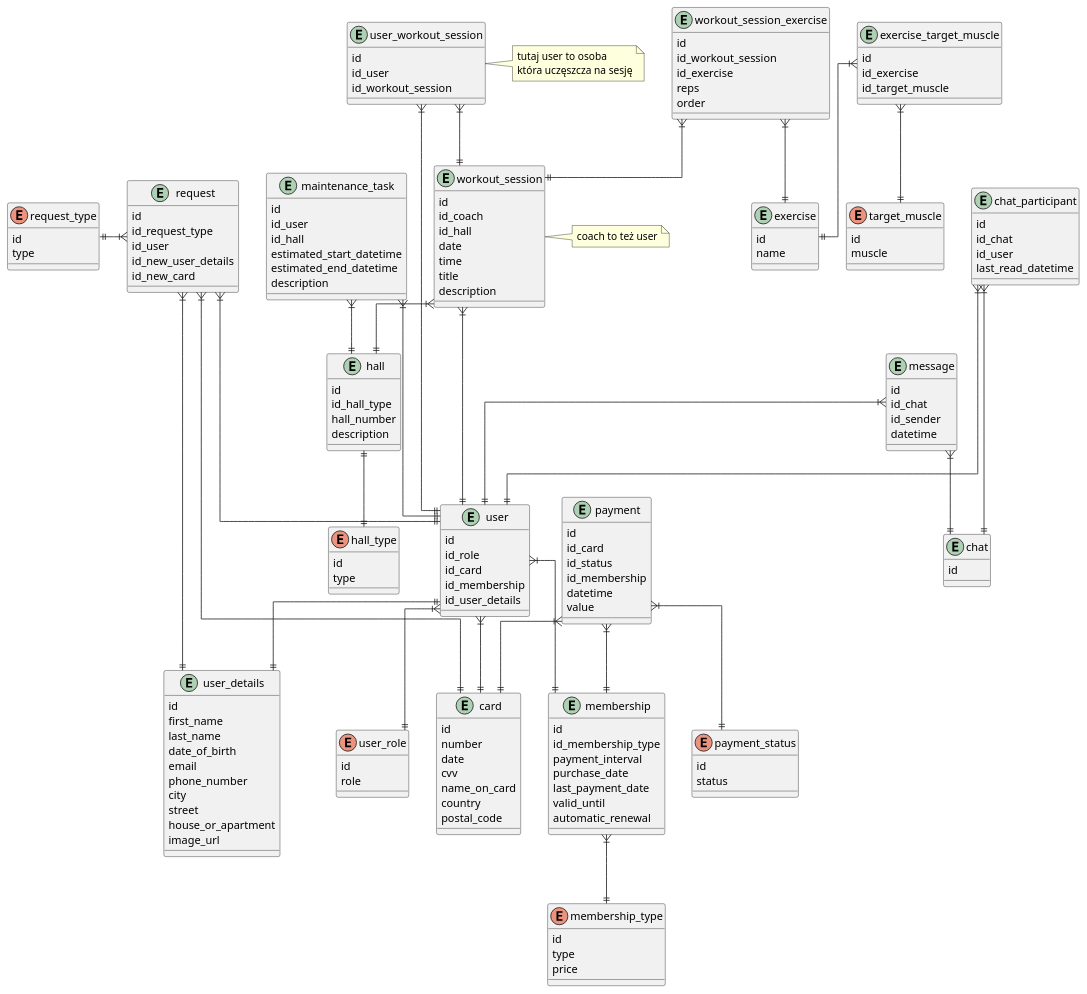
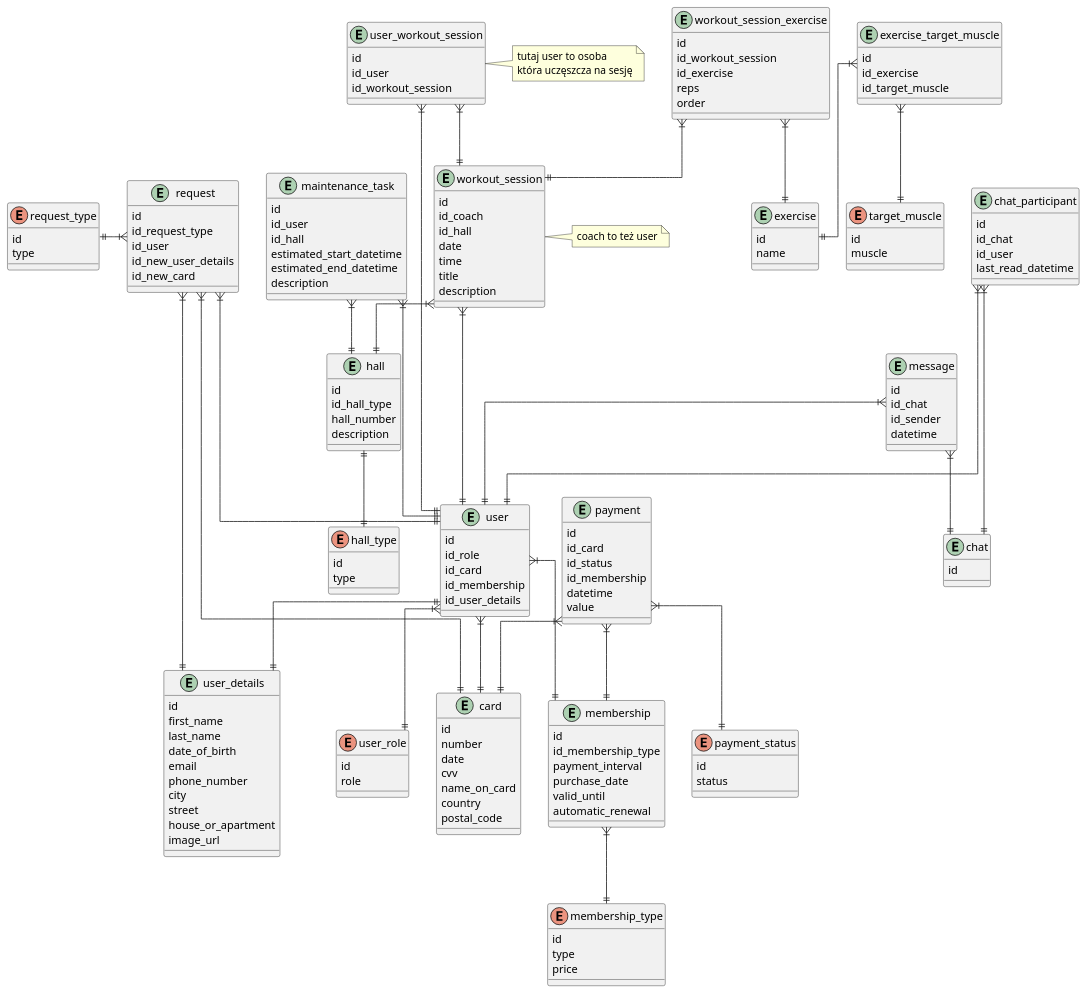
The diagram in docs/model.puml (rafal11ck/gym-api), drawn with PlantUML before and after one commit.

```diff
--- a/docs/model.puml
+++ b/docs/model.puml
@@ -31,7 +31,6 @@
     id_membership_type
     payment_interval
     purchase_date
-    last_payment_date
     valid_until
     automatic_renewal
 }
```
